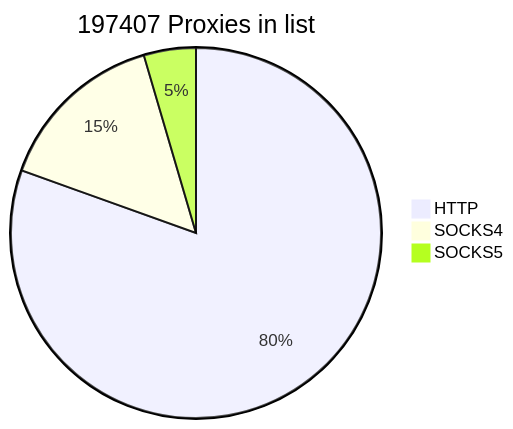
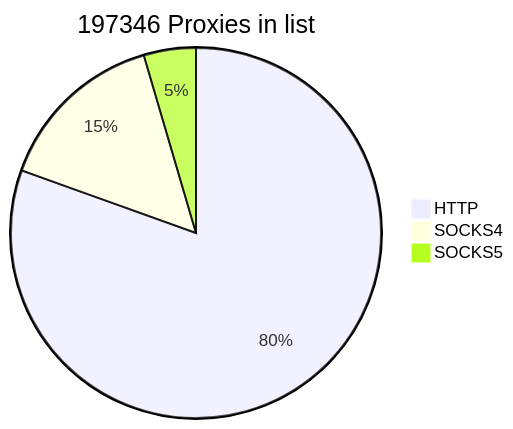
The first of 2 diagrams in README.md (cutipu/proxylist), drawn with Mermaid before and after one commit. The commit also changed other lines of this file, not shown here.

````diff
--- a/README.md
+++ b/README.md
@@ -2,7 +2,7 @@
 ```mermaid
-pie title 197407 Proxies in list
-    "HTTP" : 158890
-    "SOCKS4" : 29546
-    "SOCKS5" : 8971
+pie title 197346 Proxies in list
+    "HTTP" : 158838
+    "SOCKS4" : 29539
+    "SOCKS5" : 8969
             
 ```
````
